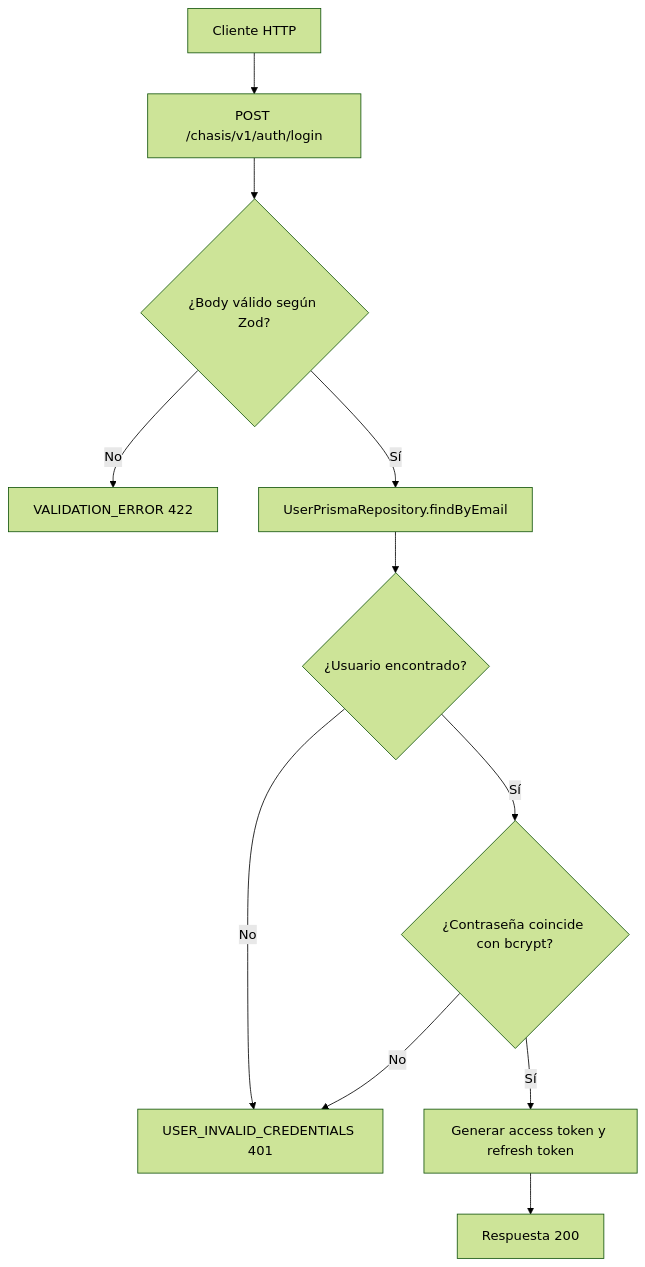
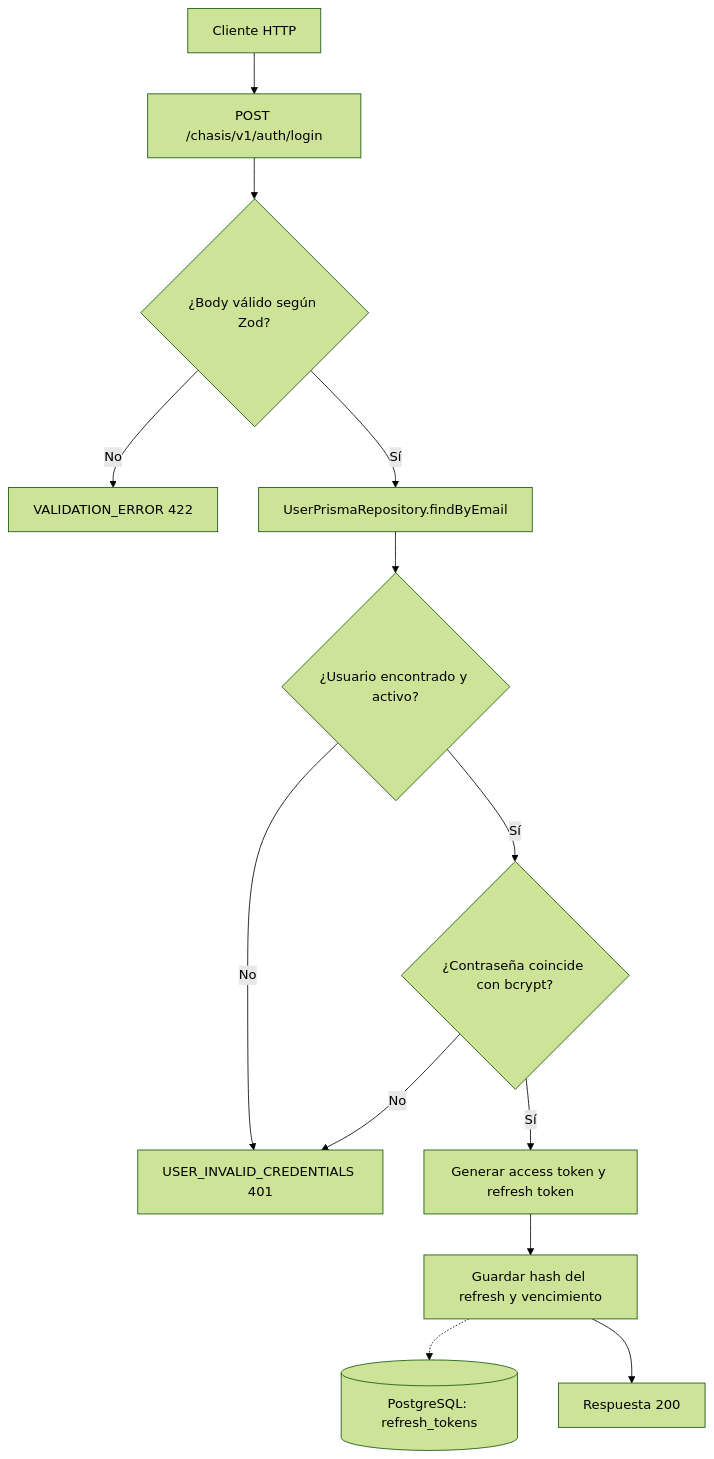
The diagram in docs/use-case/login-user.md (jac2206/chasis-fastify-backend), drawn with Mermaid (forest theme) before and after one commit. The commit also changed other lines of this file and 142 other files, not shown here.

````diff
--- a/docs/use-case/login-user.md
+++ b/docs/use-case/login-user.md
@@ -74,13 +75,15 @@
 ```mermaid
 flowchart TD
     A[Cliente HTTP] --> B[POST /chasis/v1/auth/login]
     B --> C{¿Body válido según Zod?}
     C -- No --> V[VALIDATION_ERROR 422]
     C -- Sí --> D[UserPrismaRepository.findByEmail]
-    D --> E{¿Usuario encontrado?}
+    D --> E{¿Usuario encontrado y activo?}
     E -- No --> F[USER_INVALID_CREDENTIALS 401]
     E -- Sí --> G{¿Contraseña coincide con bcrypt?}
     G -- No --> F
     G -- Sí --> H[Generar access token y refresh token]
-    H --> I[Respuesta 200]
+    H --> J[Guardar hash del refresh y vencimiento]
+    J -.-> K[(PostgreSQL: refresh_tokens)]
+    J --> I[Respuesta 200]
 ```
````
